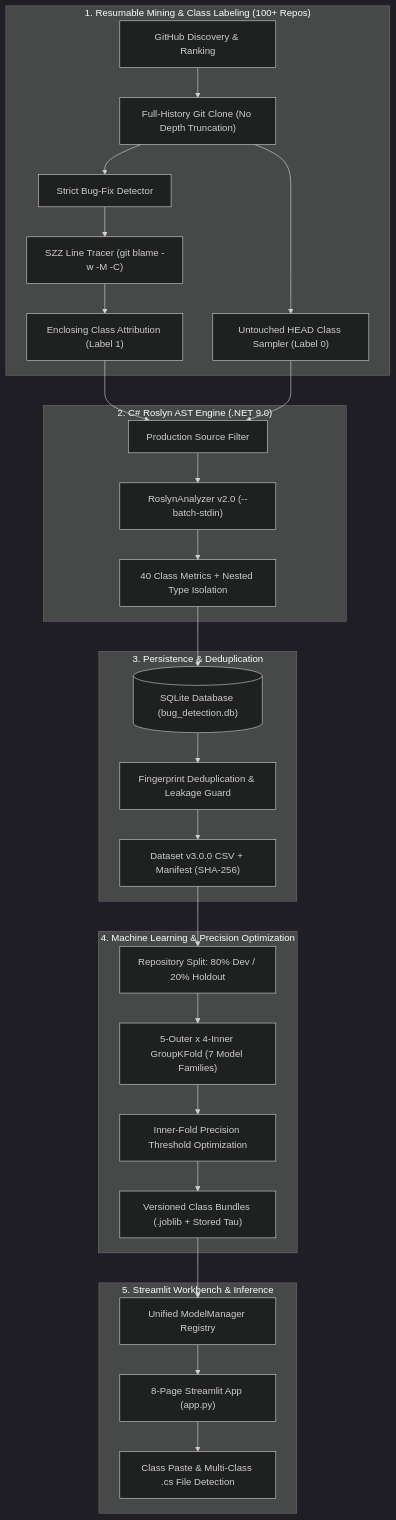
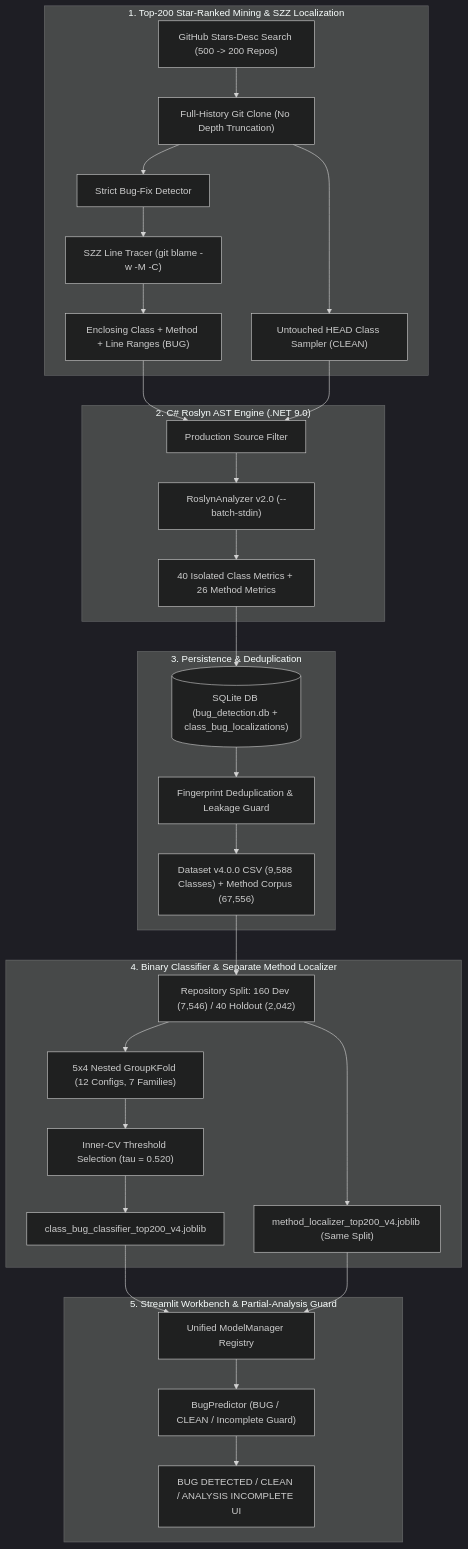
The diagram in Year2_Semester1_ComputationalIntelligenceSoftwareEngineering/CISE_Project2/5_Documentation/01_Architecture/SYSTEM_ARCHITECTURE.md (BogdanCTU/Applied-Computational-Intelligence-UBB), drawn with Mermaid (dark theme) before and after one commit. The commit also changed other lines of this file and 60 other files, not shown here.

Commit message:
Major: Improving CISE Project 2 Bug Detection

````diff
--- a/Year2_Semester1_ComputationalIntelligenceSoftwareEngineering/CISE_Project2/5_Documentation/01_Architecture/SYSTEM_ARCHITECTURE.md
+++ b/Year2_Semester1_ComputationalIntelligenceSoftwareEngineering/CISE_Project2/5_Documentation/01_Architecture/SYSTEM_ARCHITECTURE.md
@@ -16,36 +16,38 @@
 ```mermaid
 flowchart TD
-    subgraph Mining["1. Resumable Mining & Class Labeling (100+ Repos)"]
-        GH["GitHub Discovery & Ranking"] --> GitClone["Full-History Git Clone (No Depth Truncation)"]
+    subgraph Mining["1. Top-200 Star-Ranked Mining & SZZ Localization"]
+        GH["GitHub Stars-Desc Search (500 -> 200 Repos)"] --> GitClone["Full-History Git Clone (No Depth Truncation)"]
         GitClone --> BF["Strict Bug-Fix Detector"]
         BF --> SZZ["SZZ Line Tracer (git blame -w -M -C)"]
-        SZZ --> Enclosing["Enclosing Class Attribution (Label 1)"]
-        GitClone --> HEAD["Untouched HEAD Class Sampler (Label 0)"]
+        SZZ --> Enclosing["Enclosing Class + Method + Line Ranges (BUG)"]
+        GitClone --> HEAD["Untouched HEAD Class Sampler (CLEAN)"]
     end
 
     subgraph Analysis["2. C# Roslyn AST Engine (.NET 9.0)"]
         Enclosing --> Filter["Production Source Filter"]
         HEAD --> Filter
         Filter --> Roslyn["RoslynAnalyzer v2.0 (--batch-stdin)"]
-        Roslyn --> Metrics["40 Class Metrics + Nested Type Isolation"]
+        Roslyn --> Metrics["40 Isolated Class Metrics + 26 Method Metrics"]
     end
 
     subgraph DataStore["3. Persistence & Deduplication"]
-        Metrics --> SQLite[("SQLite Database (bug_detection.db)")]
+        Metrics --> SQLite[("SQLite DB (bug_detection.db + class_bug_localizations)")]
         SQLite --> Dedup["Fingerprint Deduplication & Leakage Guard"]
-        Dedup --> CSVEval["Dataset v3.0.0 CSV + Manifest (SHA-256)"]
+        Dedup --> CSVEval["Dataset v4.0.0 CSV (9,588 Classes) + Method Corpus (67,556)"]
     end
 
-    subgraph ML["4. Machine Learning & Precision Optimization"]
-        CSVEval --> HoldoutSplit["Repository Split: 80% Dev / 20% Holdout"]
-        HoldoutSplit --> GKF["5-Outer x 4-Inner GroupKFold (7 Model Families)"]
-        GKF --> Thresh["Inner-Fold Precision Threshold Optimization"]
-        Thresh --> Models["Versioned Class Bundles (.joblib + Stored Tau)"]
+    subgraph ML["4. Binary Classifier & Separate Method Localizer"]
+        CSVEval --> HoldoutSplit["Repository Split: 160 Dev (7,546) / 40 Holdout (2,042)"]
+        HoldoutSplit --> GKF["5x4 Nested GroupKFold (12 Configs, 7 Families)"]
+        GKF --> Thresh["Inner-CV Threshold Selection (tau = 0.520)"]
+        Thresh --> ClsBundle["class_bug_classifier_top200_v4.joblib"]
+        HoldoutSplit --> MethLoc["method_localizer_top200_v4.joblib (Same Split)"]
     end
 
-    subgraph App["5. Streamlit Workbench & Inference"]
-        Models --> Registry["Unified ModelManager Registry"]
-        Registry --> UI["8-Page Streamlit App (app.py)"]
-        UI --> ClassFile["Class Paste & Multi-Class .cs File Detection"]
+    subgraph App["5. Streamlit Workbench & Partial-Analysis Guard"]
+        ClsBundle --> Registry["Unified ModelManager Registry"]
+        MethLoc --> Registry
+        Registry --> Predictor["BugPredictor (BUG / CLEAN / Incomplete Guard)"]
+        Predictor --> UI["BUG DETECTED / CLEAN / ANALYSIS INCOMPLETE UI"]
     end
 ```
````
